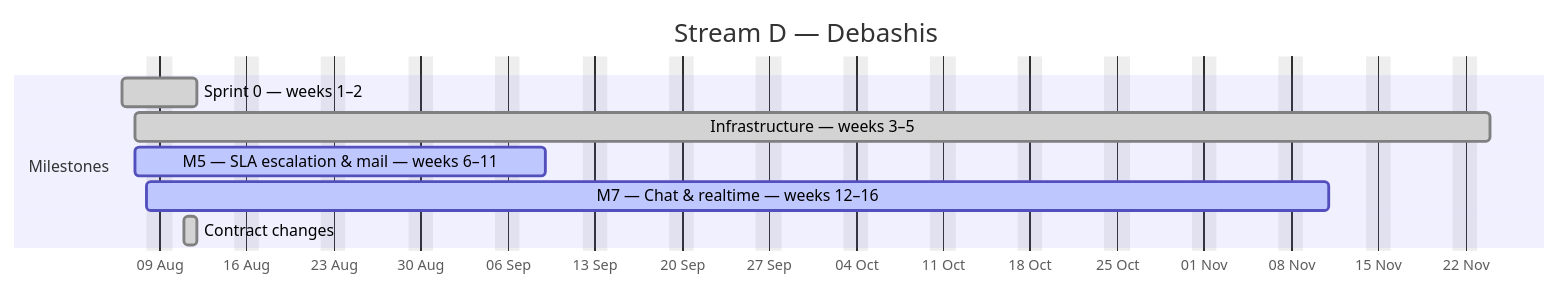
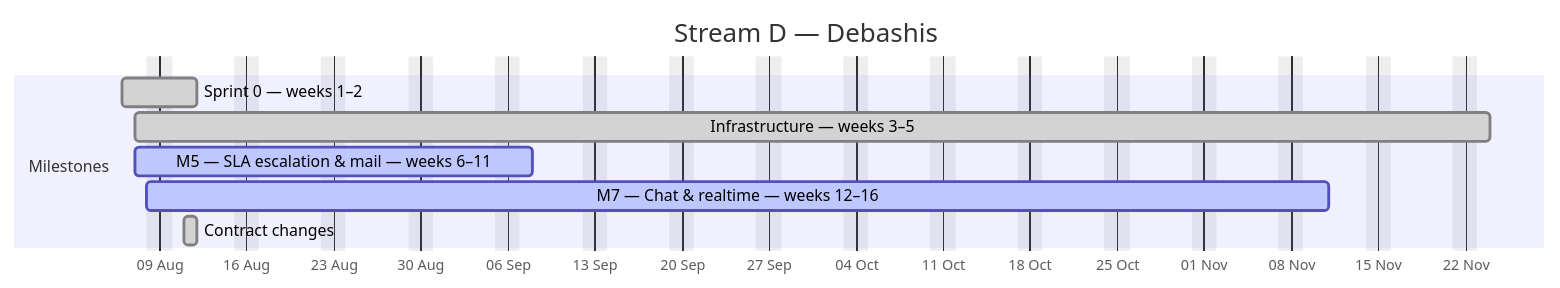
One commit to debashisedunext/EduTrack changed the fourth of 4 diagrams in docs/plan/GANTT.md. Above: the diagram before and after it, drawn with Mermaid. The commit also changed other lines of this file and 3 other files, not shown here.

````diff
--- a/docs/plan/GANTT.md
+++ b/docs/plan/GANTT.md
@@ -167,13 +167,13 @@
 ```mermaid
 gantt
     dateFormat YYYY-MM-DD
     axisFormat %d %b
     title Stream D — Debashis
     excludes weekends
     section Milestones
     Sprint 0 — weeks 1–2 :done, d0, 2026-08-06, 4d
     Infrastructure — weeks 3–5 :done, d1, 2026-08-07, 77d
-    M5 — SLA  escalation & mail — weeks 6–11 :active, d2, 2026-08-07, 23d
+    M5 — SLA  escalation & mail — weeks 6–11 :active, d2, 2026-08-07, 22d
     M7 — Chat & realtime — weeks 12–16 :active, d3, 2026-08-08, 68d
     Contract changes :done, d4, 2026-08-11, 1d
 ```
````
